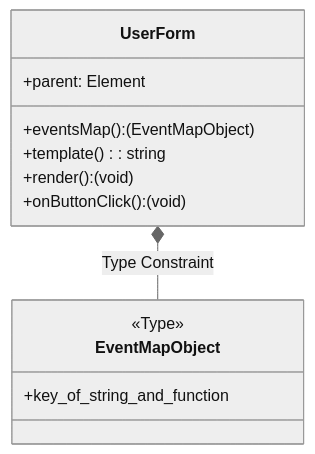
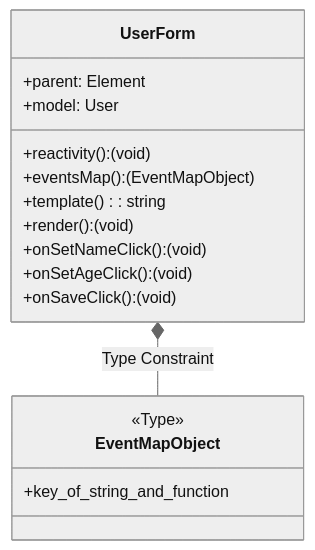
One commit to frzhen/typescript-web-framework changed the fourth of 4 diagrams in README.md. Above: the diagram before and after it, drawn with Mermaid (neutral theme). The commit also changed other lines of this file and 3 other files, not shown here.

````diff
--- a/README.md
+++ b/README.md
@@ -259,15 +260,19 @@
 ```mermaid
    classDiagram
    class UserForm{
    +parent: Element
+   +model: User
+   +reactivity(): (void)
    +eventsMap(): (EventMapObject)
    +template(): string
    +render(): (void)
-   +onButtonClick():(void)
+   +onSetNameClick():(void)
+   +onSetAgeClick():(void)
+   +onSaveClick():(void)
    }
    class EventMapObject {
    <<Type>>
    +key_of_string_and_function
    }
    UserForm *-- EventMapObject: Type Constraint
 ```
````
